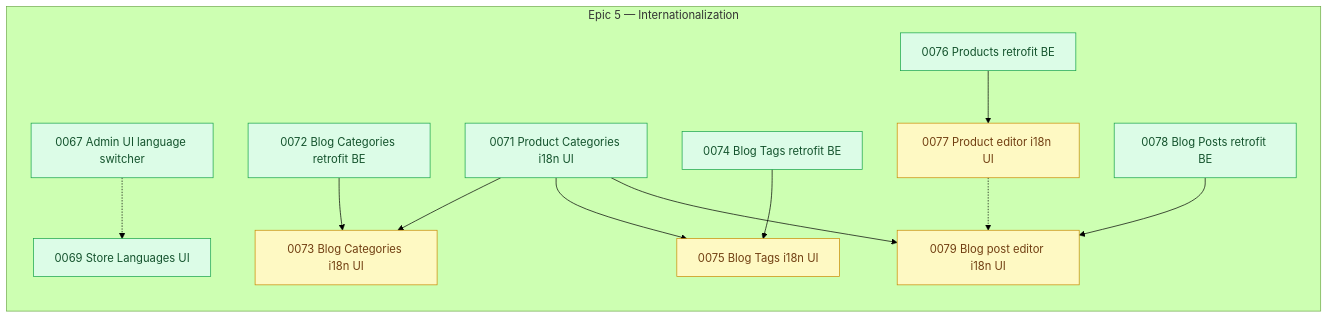
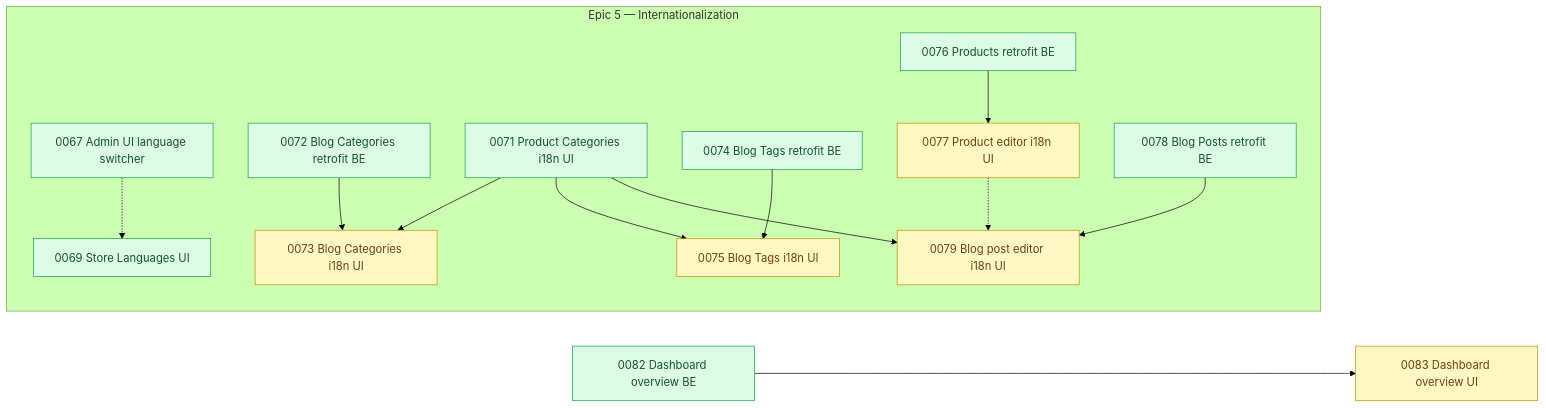
One commit to shojen/AI4Devs-finalproject changed the diagram in arospe/ai-spec/tasks-map.md. Above: the diagram before and after it, drawn with Mermaid (forest theme). The commit also changed other lines of this file and 3 other files, not shown here.

First line of the commit message:
docs(tasks): add dashboard home overview stories 0082 (backend) and 0083 (frontend)

````diff
--- a/arospe/ai-spec/tasks-map.md
+++ b/arospe/ai-spec/tasks-map.md
@@ -443,6 +451,8 @@
     end
 
     %% Standalone (no PRD epic)
+    P0082["0082 Dashboard overview BE"]
+    P0083["0083 Dashboard overview UI"]
     %% (P0081's own node dropped: 0081 closed to done/ this pass, per the update at the top of this
     %% file. It had no incoming edge of its own -- no pending task named it as a depends_on blocker
     %% -- so removing it re-derives nothing further.)
@@ -510,7 +520,8 @@
     P0078 --> P0079
     P0071 --> P0079
     P0077 -.-> P0079
+    P0082 --> P0083
 
-    class P0073,P0075,P0077,P0079 pending;
-    class P0067,P0069,P0071,P0072,P0074,P0076,P0078 ready;
+    class P0073,P0075,P0077,P0079,P0083 pending;
+    class P0067,P0069,P0071,P0072,P0074,P0076,P0078,P0082 ready;
 ```
````
